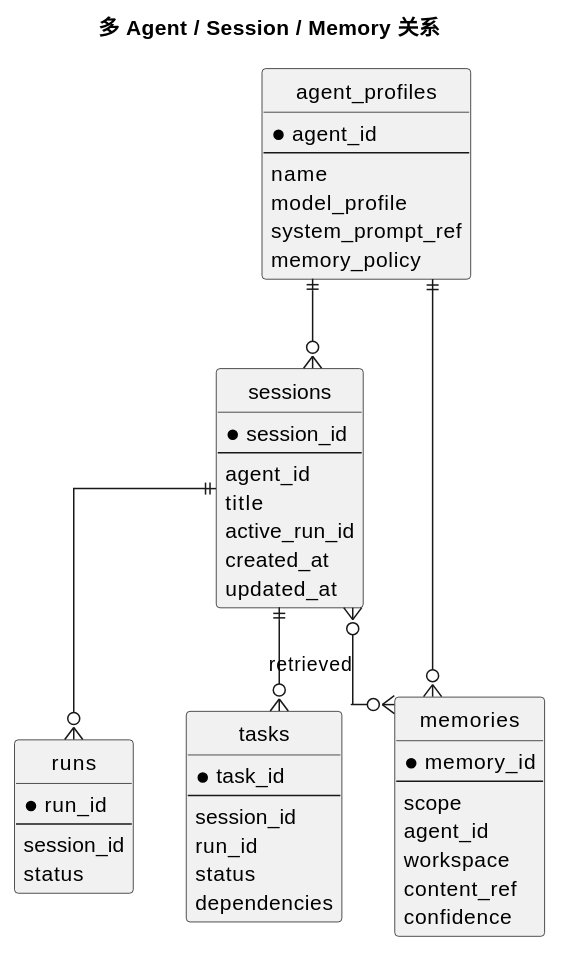
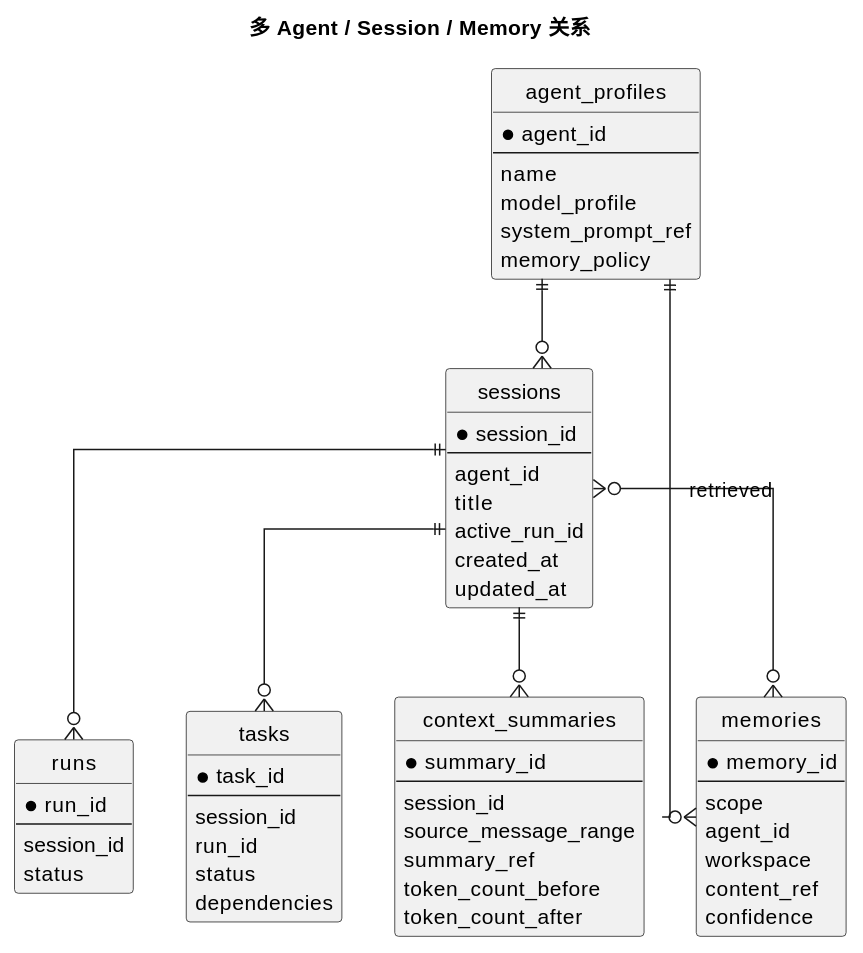
One commit to Amaz1ngJR/AgentLab changed the sixth of 17 diagrams in docs/technical_architecture.md. Above: the diagram before and after it, drawn with PlantUML. The commit also changed other lines of this file and 25 other files, not shown here.

````diff
--- a/docs/technical_architecture.md
+++ b/docs/technical_architecture.md
@@ -634,59 +647,70 @@
 ```plantuml
 @startuml
 title 多 Agent / Session / Memory 关系
 skinparam linetype ortho
 skinparam shadowing false
 hide circle
 
 entity "agent_profiles" as agents {
   * agent_id
   --
   name
   model_profile
   system_prompt_ref
   memory_policy
 }
 
 entity "sessions" as sessions {
   * session_id
   --
   agent_id
   title
   active_run_id
   created_at
   updated_at
 }
 
 entity "runs" as runs {
   * run_id
   --
   session_id
   status
 }
 
 entity "tasks" as tasks {
   * task_id
   --
   session_id
   run_id
   status
   dependencies
 }
 
 entity "memories" as memories {
   * memory_id
   --
   scope
   agent_id
   workspace
   content_ref
   confidence
 }
 
+entity "context_summaries" as summaries {
+  * summary_id
+  --
+  session_id
+  source_message_range
+  summary_ref
+  token_count_before
+  token_count_after
+}
+
 agents ||--o{ sessions
 sessions ||--o{ runs
 sessions ||--o{ tasks
 agents ||--o{ memories
 sessions }o--o{ memories : retrieved
+sessions ||--o{ summaries
 @enduml
 ```
````
